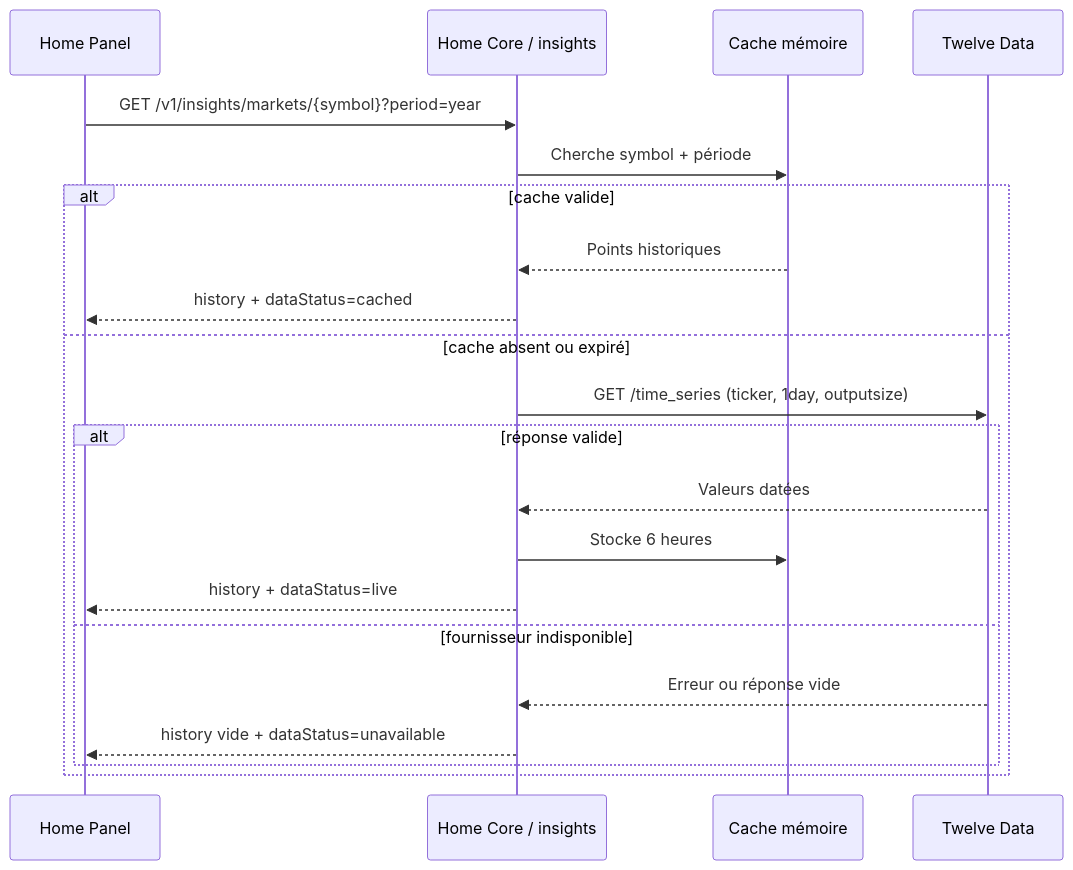
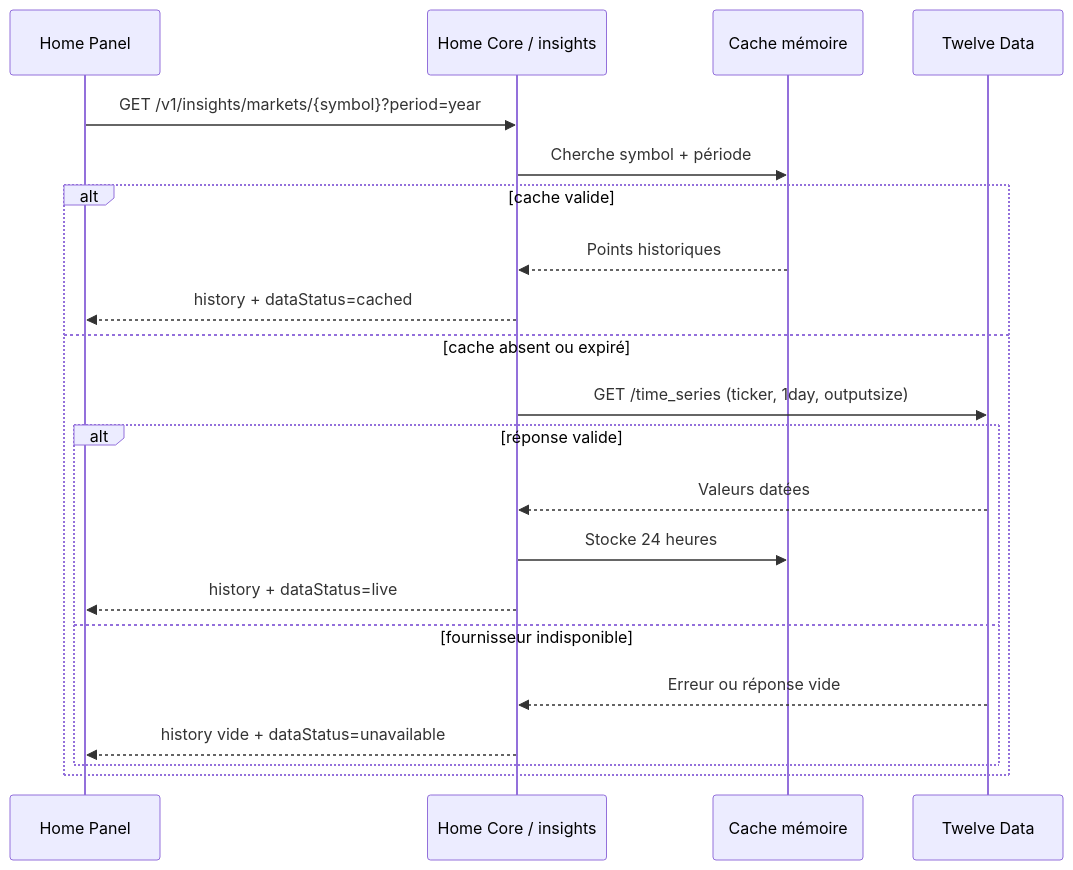
One commit to clementortiz134595/HOME-AI changed the diagram in poles/technique/home-core/diagrammes/sequence-historique-etf.mmd. Above: the diagram before and after it, drawn with Mermaid. The commit also changed 2 other files, not shown here.

Commit message:
perf(insights): prolonge le cache EODHD

```diff
--- a/poles/technique/home-core/diagrammes/sequence-historique-etf.mmd
+++ b/poles/technique/home-core/diagrammes/sequence-historique-etf.mmd
@@ -1,22 +1,22 @@
 sequenceDiagram
     participant Panel as Home Panel
     participant Core as Home Core / insights
     participant Cache as Cache mémoire
     participant TD as Twelve Data
 
     Panel->>Core: GET /v1/insights/markets/{symbol}?period=year
     Core->>Cache: Cherche symbol + période
     alt cache valide
         Cache-->>Core: Points historiques
         Core-->>Panel: history + dataStatus=cached
     else cache absent ou expiré
         Core->>TD: GET /time_series (ticker, 1day, outputsize)
         alt réponse valide
             TD-->>Core: Valeurs datées
-            Core->>Cache: Stocke 6 heures
+            Core->>Cache: Stocke 24 heures
             Core-->>Panel: history + dataStatus=live
         else fournisseur indisponible
             TD-->>Core: Erreur ou réponse vide
             Core-->>Panel: history vide + dataStatus=unavailable
         end
     end
```
